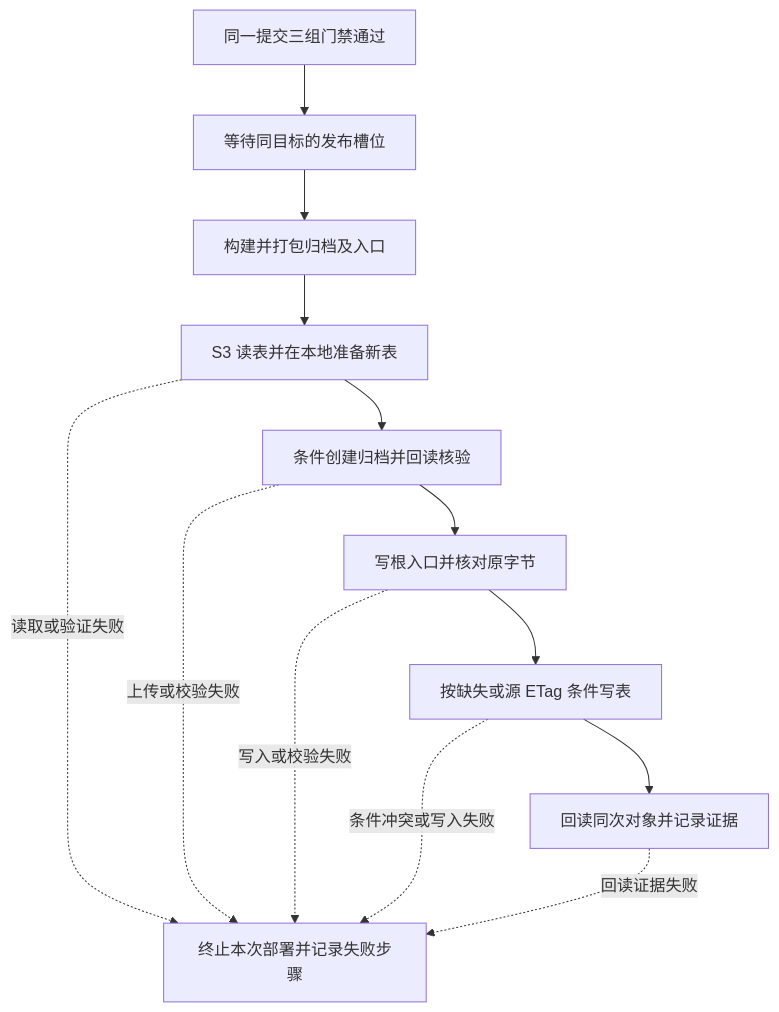
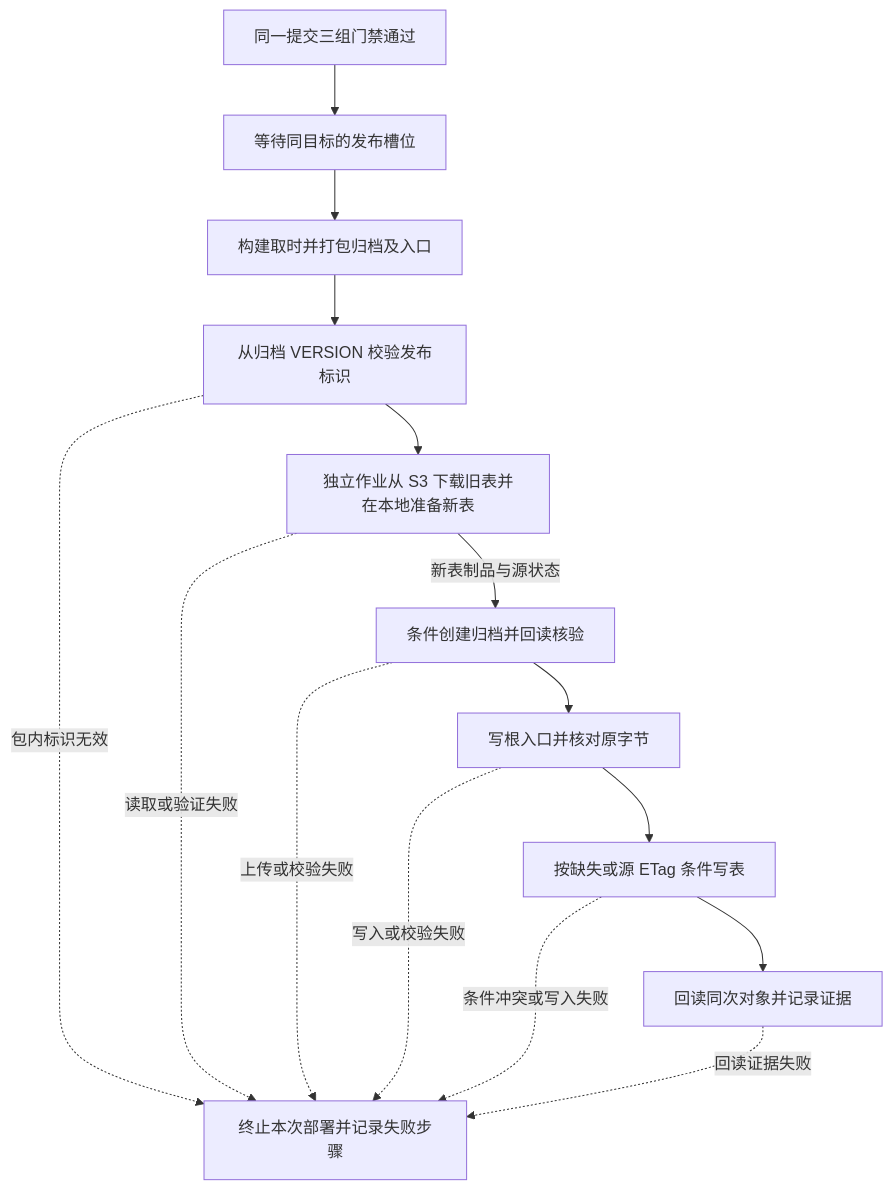
Before and after one commit to Ena-Heleneto/agent-foundry: the second of 3 diagrams in specs/skills/003-skills-release-pipeline/diagrams.md, drawn with Mermaid. The commit also changed other lines of this file and 199 other files, not shown here.

````diff
--- a/specs/skills/003-skills-release-pipeline/diagrams.md
+++ b/specs/skills/003-skills-release-pipeline/diagrams.md
@@ -32,19 +32,21 @@
 ```mermaid
 flowchart TD
     tests["同一提交三组门禁通过"]
     queue["等待同目标的发布槽位"]
-    build["构建并打包归档及入口"]
-    read["S3 读表并在本地准备新表"]
+    build["构建取时并打包归档及入口"]
+    version["从归档 VERSION 校验发布标识"]
+    read["独立作业从 S3 下载旧表并在本地准备新表"]
     archive["条件创建归档并回读核验"]
     entry["写根入口并核对原字节"]
     register["按缺失或源 ETag 条件写表"]
     proof["回读同次对象并记录证据"]
     fail["终止本次部署并记录失败步骤"]
-    tests --> queue --> build --> read
-    read --> archive --> entry --> register --> proof
+    tests --> queue --> build --> version --> read
+    read -->|新表制品与源状态| archive --> entry --> register --> proof
+    version -. 包内标识无效 .-> fail
     read -. 读取或验证失败 .-> fail
     archive -. 上传或校验失败 .-> fail
     entry -. 写入或校验失败 .-> fail
     register -. 条件冲突或写入失败 .-> fail
     proof -. 回读证据失败 .-> fail
 ```
````
